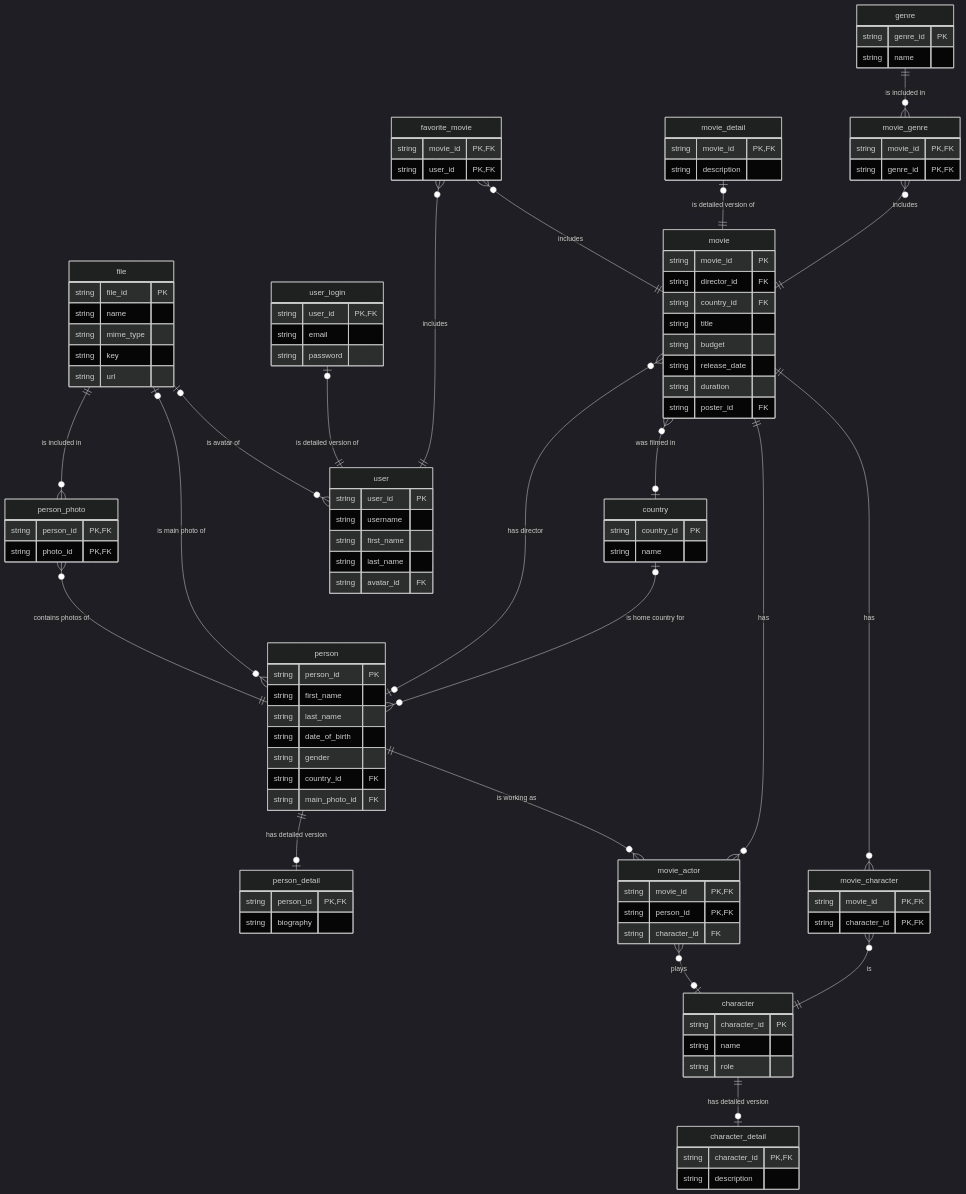
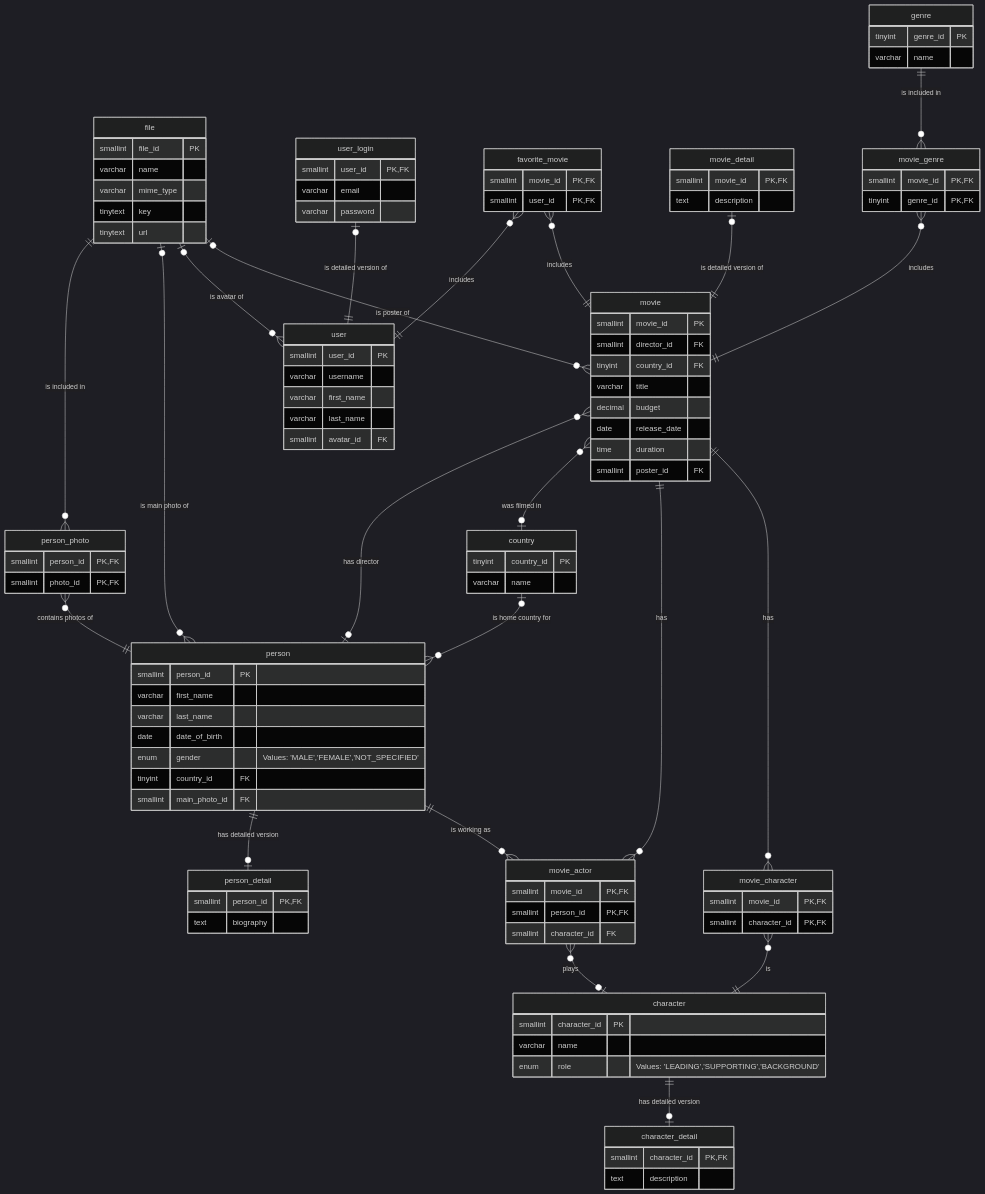
Before and after one commit to o-nedashkivska/movies-db: the diagram in README.md, drawn with Mermaid (dark theme). The commit also changed 1 other file, not shown here.

Commit message:
feat: add types to diagram

````diff
--- a/README.md
+++ b/README.md
@@ -3,93 +3,94 @@
 ```mermaid
 erDiagram
     file {
-        string file_id PK
-        string name
-        string mime_type
-        string key
-        string url
+        smallint file_id PK
+        varchar name
+        varchar mime_type
+        tinytext key
+        tinytext url
     }
     user {
-        string user_id PK
-        string username
-        string first_name
-        string last_name
-        string avatar_id FK
+        smallint user_id PK
+        varchar username
+        varchar first_name
+        varchar last_name
+        smallint avatar_id FK
     }
     user_login {
-        string user_id PK, FK
-        string email
-        string password
+        smallint user_id PK, FK
+        varchar email
+        varchar password
     }
     country {
-        string country_id PK
-        string name
+        tinyint country_id PK
+        varchar name
     }
     person {
-        string person_id PK
-        string first_name
-        string last_name
-        string date_of_birth
-        string gender
-        string country_id FK
-        string main_photo_id FK
+        smallint person_id PK
+        varchar first_name
+        varchar last_name
+        date date_of_birth
+        enum gender "Values: 'MALE','FEMALE','NOT_SPECIFIED'"
+        tinyint country_id FK
+        smallint main_photo_id FK
     }
     person_detail {
-        string person_id PK, FK
-        string biography
+        smallint person_id PK, FK
+        text biography
     }
     person_photo {
-        string person_id PK, FK
-        string photo_id PK, FK
+        smallint person_id PK, FK
+        smallint photo_id PK, FK
     }
     movie {
-        string movie_id PK
-        string director_id FK
-        string country_id FK
-        string title
-        string budget
-        string release_date
-        string duration
-        string poster_id FK
+        smallint movie_id PK
+        smallint director_id FK
+        tinyint country_id FK
+        varchar title
+        decimal budget
+        date release_date
+        time duration
+        smallint poster_id FK
     }
     favorite_movie {
-        string movie_id PK, FK
-        string user_id PK, FK
+        smallint movie_id PK, FK
+        smallint user_id PK, FK
     }
     movie_detail {
-        string movie_id PK, FK
-        string description
+        smallint movie_id PK, FK
+        text description
     }
     genre {
-        string genre_id PK
-        string name
+        tinyint genre_id PK
+        varchar name
     }
     movie_genre {
-        string movie_id PK, FK
-        string genre_id PK, FK
+        smallint movie_id PK, FK
+        tinyint genre_id PK, FK
     }
     character {
-        string character_id PK
-        string name
-        string role
+        smallint character_id PK
+        varchar name
+        enum role "Values: 'LEADING','SUPPORTING','BACKGROUND'"
     }
     character_detail {
-        string character_id PK, FK
-        string description
+        smallint character_id PK, FK
+        text description
     }
     movie_actor {
-        string movie_id PK, FK
-        string person_id PK, FK
-        string character_id FK
+        smallint movie_id PK, FK
+        smallint person_id PK, FK
+        smallint character_id FK
     }
     movie_character {
-        string movie_id PK, FK
-        string character_id PK, FK
+        smallint movie_id PK, FK
+        smallint character_id PK, FK
     }
     user_login |o--|| user : "is detailed version of"
     file ||--o{ person_photo : "is included in"
     file |o--o{ person : "is main photo of"
     file |o--o{ user : "is avatar of"
+    file |o--o{ movie : "is poster of"
     person_photo }o--|| person : "contains photos of"
     favorite_movie }o--|| user : "includes"
     favorite_movie }o--|| movie : "includes"
````
